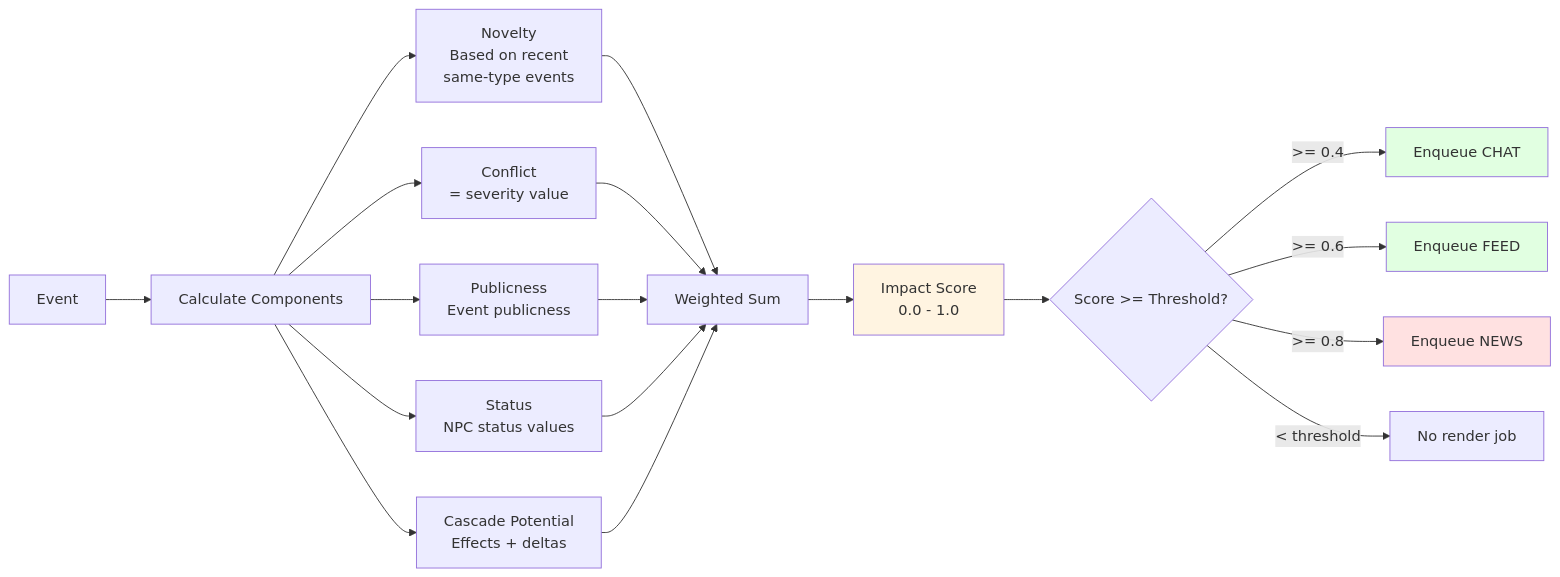
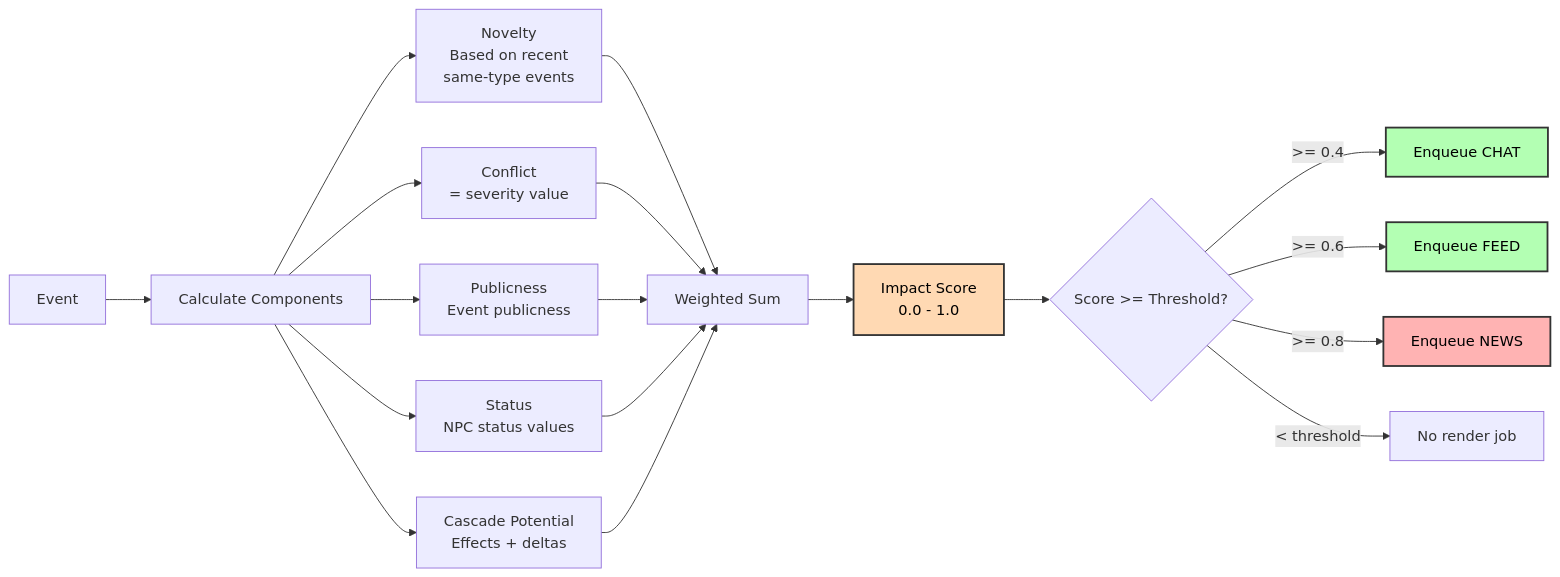
Before and after one commit to saltsami/suomivillage: the fourth of 5 diagrams in koivulahti/docs/architecture.md, drawn with Mermaid. The commit also changed other lines of this file, not shown here.

First line of the commit message:
Improve diagram color contrast for better text visibility

````diff
--- a/koivulahti/docs/architecture.md
+++ b/koivulahti/docs/architecture.md
@@ -149,30 +149,30 @@
 ```mermaid
 graph LR
     EVENT[Event] --> CALC[Calculate Components]
 
     CALC --> NOV[Novelty<br/>Based on recent<br/>same-type events]
     CALC --> CONF[Conflict<br/>= severity value]
     CALC --> PUB[Publicness<br/>Event publicness]
     CALC --> STAT[Status<br/>NPC status values]
     CALC --> CASC[Cascade Potential<br/>Effects + deltas]
 
     NOV --> WEIGHT[Weighted Sum]
     CONF --> WEIGHT
     PUB --> WEIGHT
     STAT --> WEIGHT
     CASC --> WEIGHT
 
     WEIGHT --> SCORE[Impact Score<br/>0.0 - 1.0]
 
     SCORE --> THRESH{Score >= Threshold?}
 
     THRESH -->|>= 0.4| CHAT[Enqueue CHAT]
     THRESH -->|>= 0.6| FEED[Enqueue FEED]
     THRESH -->|>= 0.8| NEWS[Enqueue NEWS]
     THRESH -->|< threshold| SKIP[No render job]
 
-    style SCORE fill:#fff4e1
-    style CHAT fill:#e1ffe1
-    style FEED fill:#e1ffe1
-    style NEWS fill:#ffe1e1
+    style SCORE fill:#ffd9b3,stroke:#333,stroke-width:2px,color:#000
+    style CHAT fill:#b3ffb3,stroke:#333,stroke-width:2px,color:#000
+    style FEED fill:#b3ffb3,stroke:#333,stroke-width:2px,color:#000
+    style NEWS fill:#ffb3b3,stroke:#333,stroke-width:2px,color:#000
 ```
````
